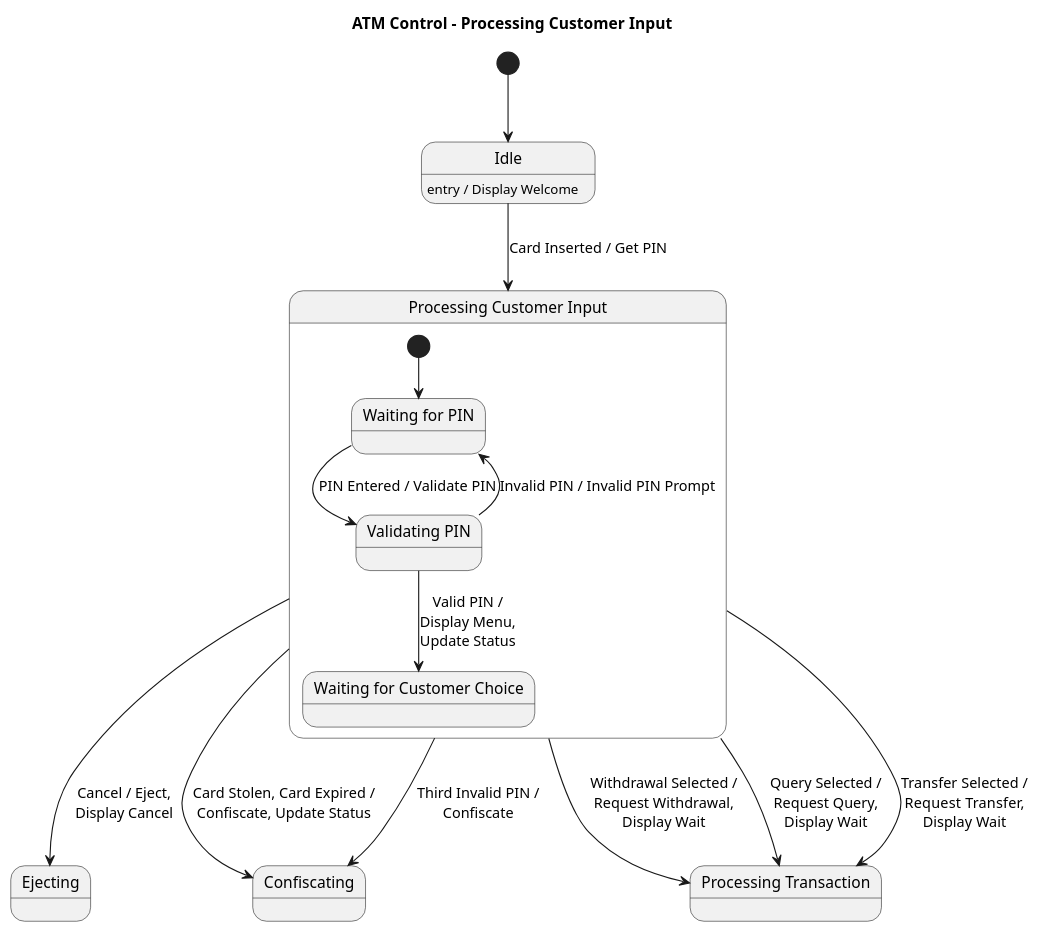
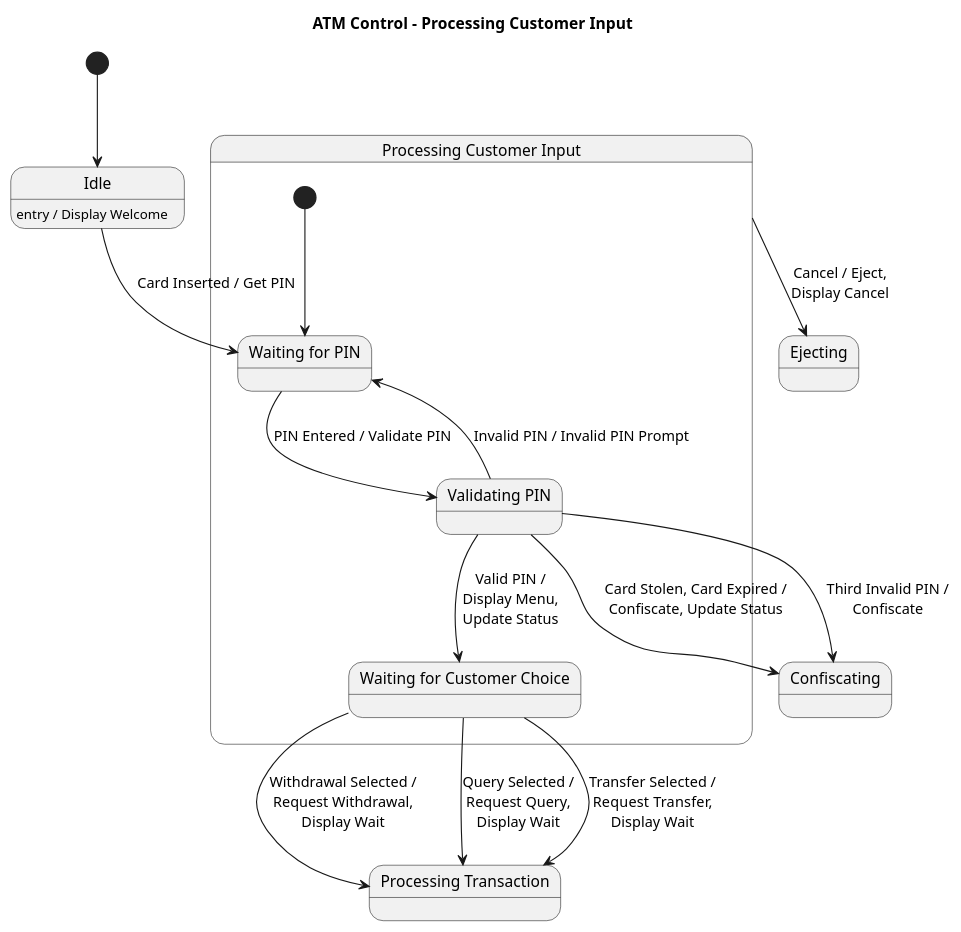
Before and after one commit to maimunafaria/State_transition_Diagram_generated_by_LLM: the diagram in dataset/case_63_atm_many_scenarios/diagram7.puml, drawn with PlantUML. The commit also changed 17 other files, not shown here.

```diff
--- a/dataset/case_63_atm_many_scenarios/diagram7.puml
+++ b/dataset/case_63_atm_many_scenarios/diagram7.puml
@@ -1,36 +1,36 @@
 @startuml
 title ATM Control - Processing Customer Input
 
 [*] --> Idle
 
 state Idle
 Idle : entry / Display Welcome
 
 state Ejecting
 state Confiscating
 state "Processing Transaction" as ProcessingTransaction
 
 state "Processing Customer Input" as ProcessingCustomerInput {
 
   [*] --> WaitingForPIN
 
   state "Waiting for PIN" as WaitingForPIN
   state "Validating PIN" as ValidatingPIN
   state "Waiting for Customer Choice" as WaitingForChoice
 
   WaitingForPIN --> ValidatingPIN : PIN Entered / Validate PIN
   ValidatingPIN --> WaitingForPIN : Invalid PIN / Invalid PIN Prompt
   ValidatingPIN --> WaitingForChoice : Valid PIN /\nDisplay Menu,\nUpdate Status
 }
 
-Idle --> ProcessingCustomerInput : Card Inserted / Get PIN
+Idle --> WaitingForPIN : Card Inserted / Get PIN
 
 ProcessingCustomerInput --> Ejecting : Cancel / Eject,\nDisplay Cancel
-ProcessingCustomerInput --> Confiscating : Card Stolen, Card Expired /\nConfiscate, Update Status
-ProcessingCustomerInput --> Confiscating : Third Invalid PIN /\nConfiscate
+ValidatingPIN --> Confiscating : Card Stolen, Card Expired /\nConfiscate, Update Status
+ValidatingPIN --> Confiscating : Third Invalid PIN /\nConfiscate
 
-ProcessingCustomerInput --> ProcessingTransaction : Withdrawal Selected /\nRequest Withdrawal,\nDisplay Wait
-ProcessingCustomerInput --> ProcessingTransaction : Query Selected /\nRequest Query,\nDisplay Wait
-ProcessingCustomerInput --> ProcessingTransaction : Transfer Selected /\nRequest Transfer,\nDisplay Wait
+WaitingForChoice --> ProcessingTransaction : Withdrawal Selected /\nRequest Withdrawal,\nDisplay Wait
+WaitingForChoice --> ProcessingTransaction : Query Selected /\nRequest Query,\nDisplay Wait
+WaitingForChoice --> ProcessingTransaction : Transfer Selected /\nRequest Transfer,\nDisplay Wait
 
 @enduml
```
